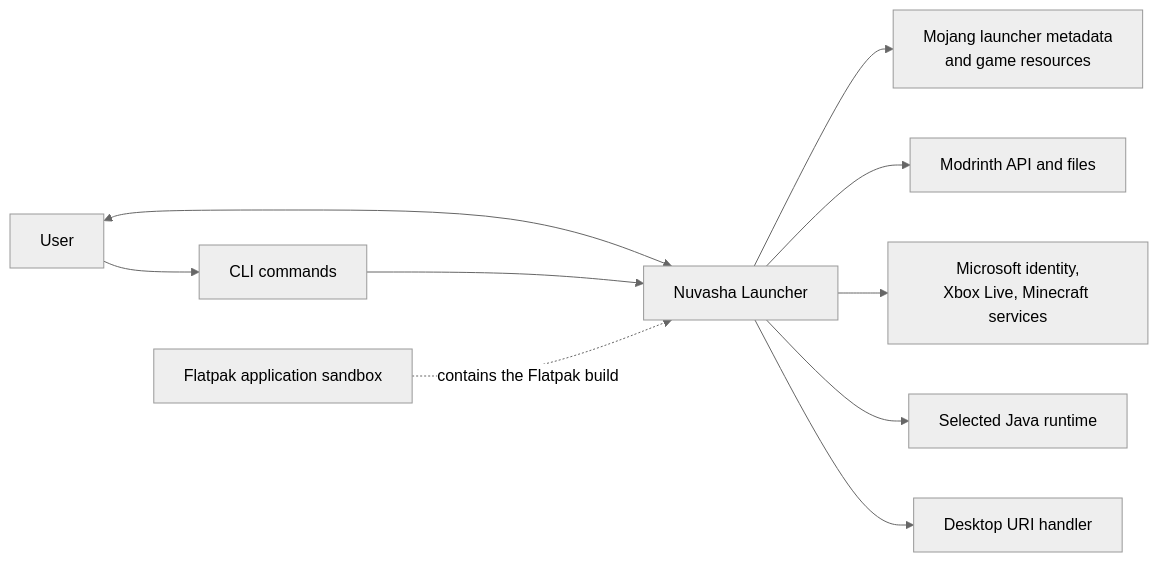
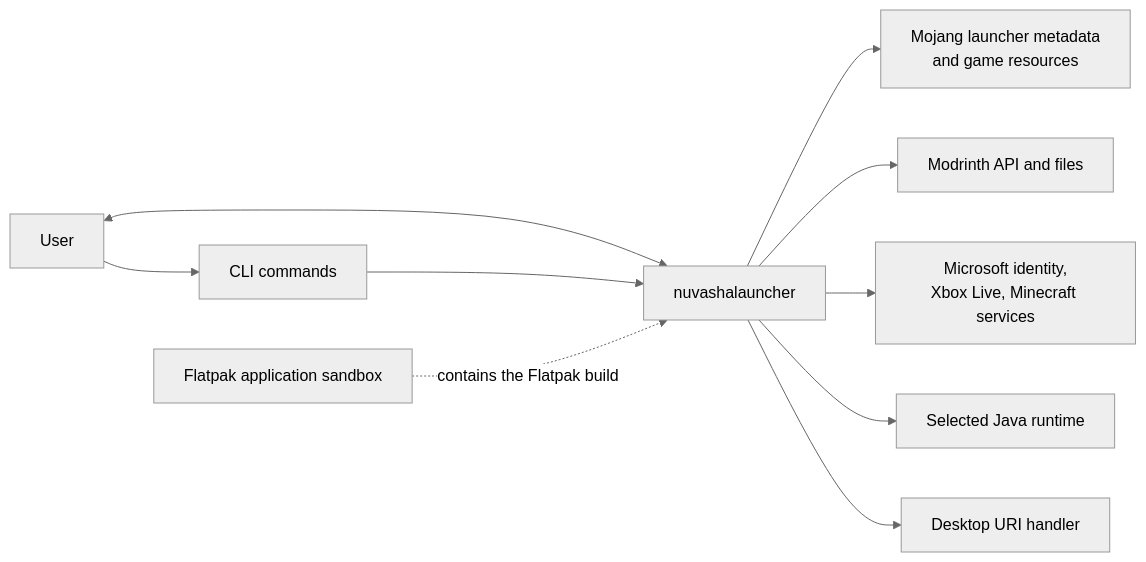
One commit to NuvashaLauncher/NuvashaLauncher changed the first of 3 diagrams in docs/architecture.md. Above: the diagram before and after it, drawn with Mermaid (neutral theme). The commit also changed other lines of this file and 489 other files, not shown here.

````diff
--- a/docs/architecture.md
+++ b/docs/architecture.md
@@ -38,23 +38,23 @@
 ```mermaid
 flowchart LR
     User[User]
-    Nuvasha[Nuvasha Launcher]
+    nuvashalauncher[nuvashalauncher]
     CLI[CLI commands]
     Mojang[Mojang launcher metadata
 and game resources]
     Modrinth[Modrinth API and files]
     Microsoft[Microsoft identity,
 Xbox Live, Minecraft services]
     Desktop[Desktop URI handler]
     Java[Selected Java runtime]
     Flatpak[Flatpak application sandbox]
 
-    User <--> Nuvasha
-    User --> CLI --> Nuvasha
-    Nuvasha --> Mojang
-    Nuvasha --> Modrinth
-    Nuvasha --> Microsoft
-    Nuvasha --> Java
-    Flatpak -. contains the Flatpak build .-> Nuvasha
-    Nuvasha --> Desktop
+    User <--> nuvashalauncher
+    User --> CLI --> nuvashalauncher
+    nuvashalauncher --> Mojang
+    nuvashalauncher --> Modrinth
+    nuvashalauncher --> Microsoft
+    nuvashalauncher --> Java
+    Flatpak -. contains the Flatpak build .-> nuvashalauncher
+    nuvashalauncher --> Desktop
 ```
````
